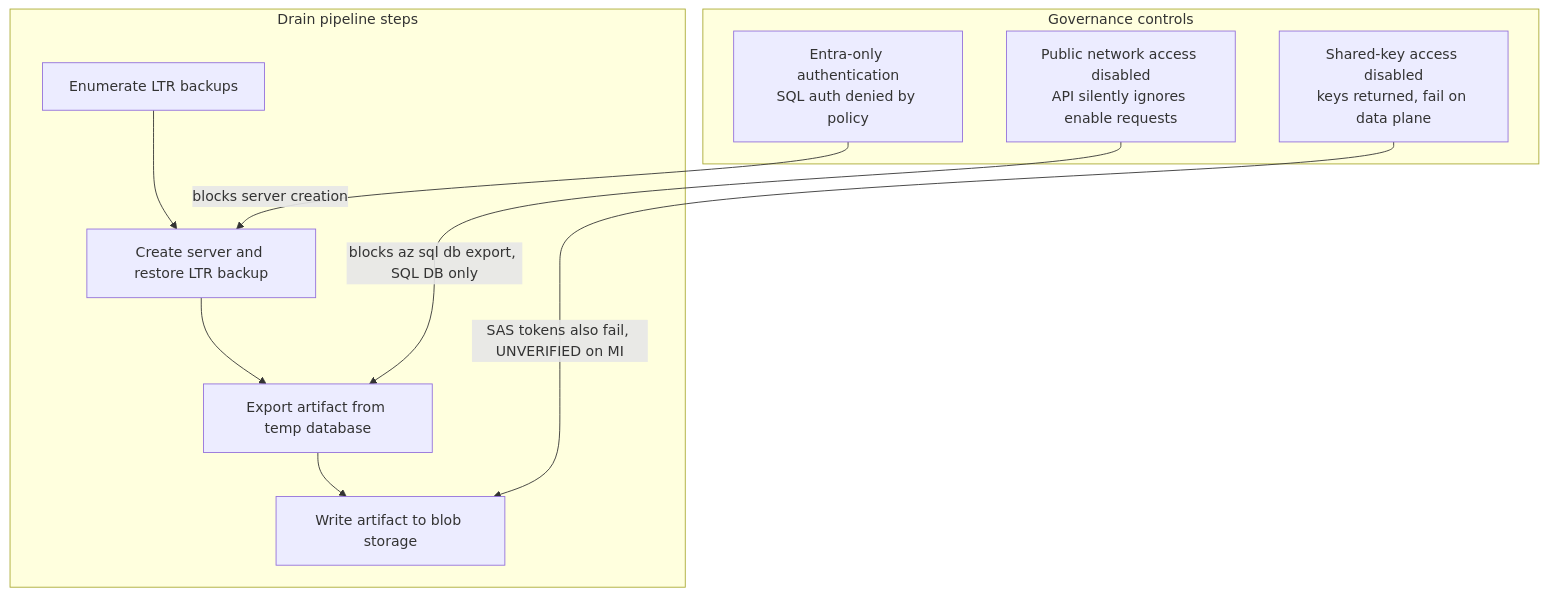
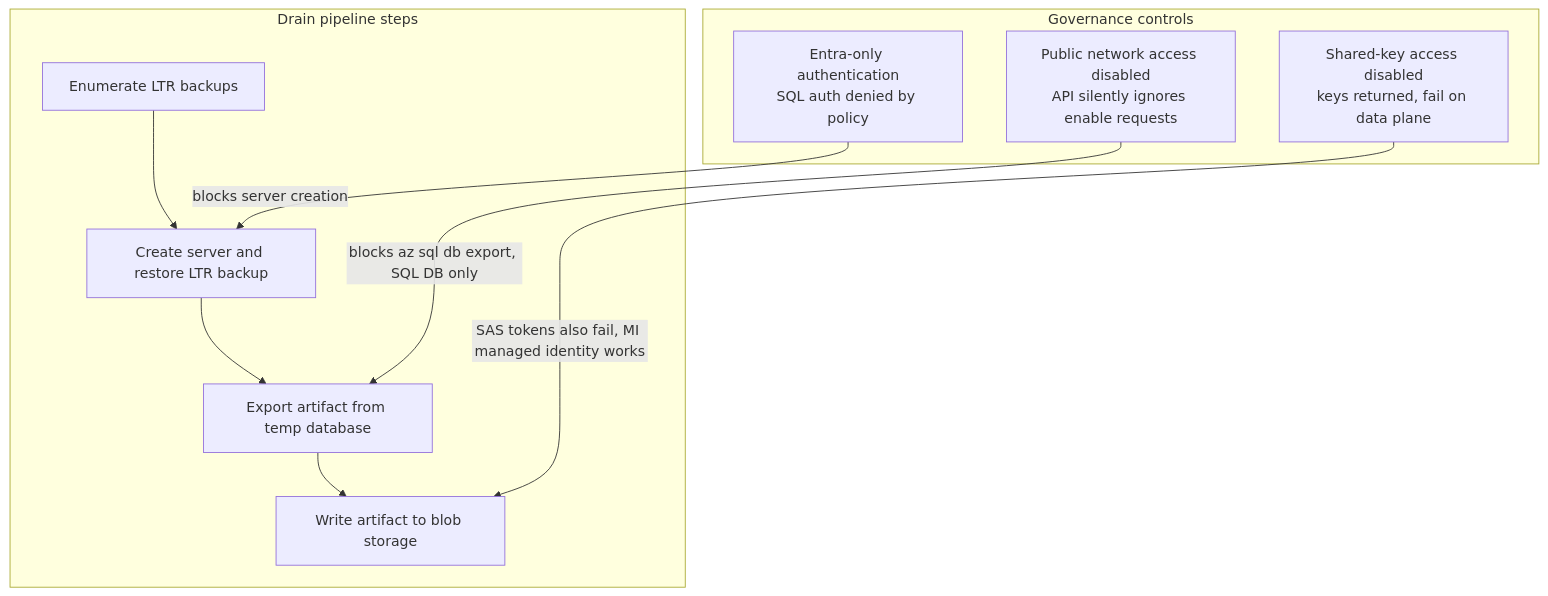
The fifth of 5 diagrams in labs/sql-ltr-backup-migration/README.md (erjosito/net-lab-builder), drawn with Mermaid before and after one commit. The commit also changed other lines of this file and 2 other files, not shown here.

First line of the commit message:
Prove MI managed-identity BACKUP TO URL and add roadmap scan

````diff
--- a/labs/sql-ltr-backup-migration/README.md
+++ b/labs/sql-ltr-backup-migration/README.md
@@ -539,20 +553,20 @@
 ```mermaid
 flowchart TD
     subgraph GOV["Governance controls"]
         G1["Entra-only authentication<br/>SQL auth denied by policy"]
         G2["Public network access disabled<br/>API silently ignores enable requests"]
         G3["Shared-key access disabled<br/>keys returned, fail on data plane"]
     end
 
     subgraph PIPELINE["Drain pipeline steps"]
         P1["Enumerate LTR backups"]
         P2["Create server and restore LTR backup"]
         P3["Export artifact from temp database"]
         P4["Write artifact to blob storage"]
         P1 --> P2 --> P3 --> P4
     end
 
     G1 -->|blocks server creation| P2
     G2 -->|blocks az sql db export, SQL DB only| P3
-    G3 -->|SAS tokens also fail, UNVERIFIED on MI| P4
+    G3 -->|SAS tokens also fail, MI managed identity works| P4
 ```
````
